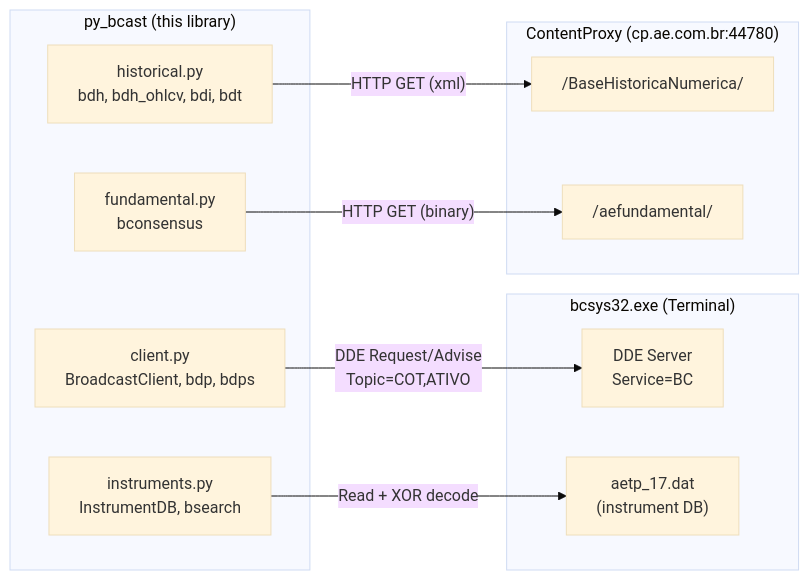
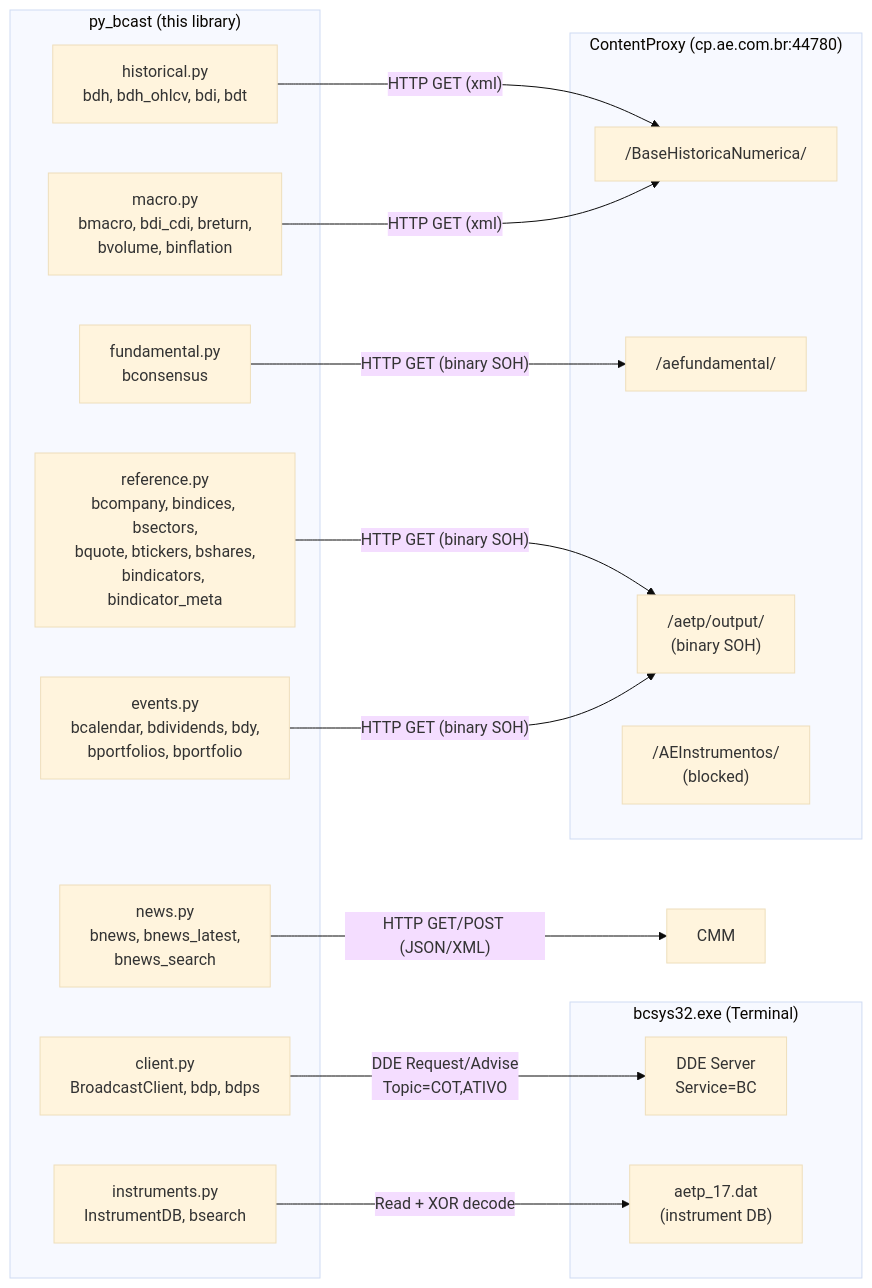
Before and after one commit to enzoomoreira/py-bcast: the first of 2 diagrams in docs/architecture.md, drawn with Mermaid (base theme). The commit also changed other lines of this file and 20 other files, not shown here.

First line of the commit message:
feat: add macro, reference, events, news modules + session discovery

````diff
--- a/docs/architecture.md
+++ b/docs/architecture.md
@@ -7,24 +7,34 @@
 ```mermaid
 graph LR
     subgraph "py_bcast (this library)"
         CLIENT["client.py<br/>BroadcastClient, bdp, bdps"]
         HIST["historical.py<br/>bdh, bdh_ohlcv, bdi, bdt"]
+        MACRO["macro.py<br/>bmacro, bdi_cdi, breturn,<br/>bvolume, binflation"]
         FUND["fundamental.py<br/>bconsensus"]
+        REF["reference.py<br/>bcompany, bindices, bsectors,<br/>bquote, btickers, bshares,<br/>bindicators, bindicator_meta"]
+        EVT["events.py<br/>bcalendar, bdividends, bdy,<br/>bportfolios, bportfolio"]
+        NEWS["news.py<br/>bnews, bnews_latest,<br/>bnews_search"]
         INST["instruments.py<br/>InstrumentDB, bsearch"]
     end
 
     subgraph "bcsys32.exe (Terminal)"
         DDE["DDE Server<br/>Service=BC"]
         DB["aetp_17.dat<br/>(instrument DB)"]
     end
 
     subgraph "ContentProxy (cp.ae.com.br:44780)"
         BHN["/BaseHistoricaNumerica/"]
         AEF["/aefundamental/"]
+        AETP["/aetp/output/<br/>(binary SOH)"]
+        AEI["/AEInstrumentos/<br/>(blocked)"]
     end
 
     CLIENT -->|"DDE Request/Advise<br/>Topic=COT,ATIVO"| DDE
     HIST -->|"HTTP GET (xml)"| BHN
-    FUND -->|"HTTP GET (binary)"| AEF
+    MACRO -->|"HTTP GET (xml)"| BHN
+    FUND -->|"HTTP GET (binary SOH)"| AEF
+    REF -->|"HTTP GET (binary SOH)"| AETP
+    EVT -->|"HTTP GET (binary SOH)"| AETP
+    NEWS -->|"HTTP GET/POST (JSON/XML)"| CMM
     INST -->|"Read + XOR decode"| DB
 ```
````
